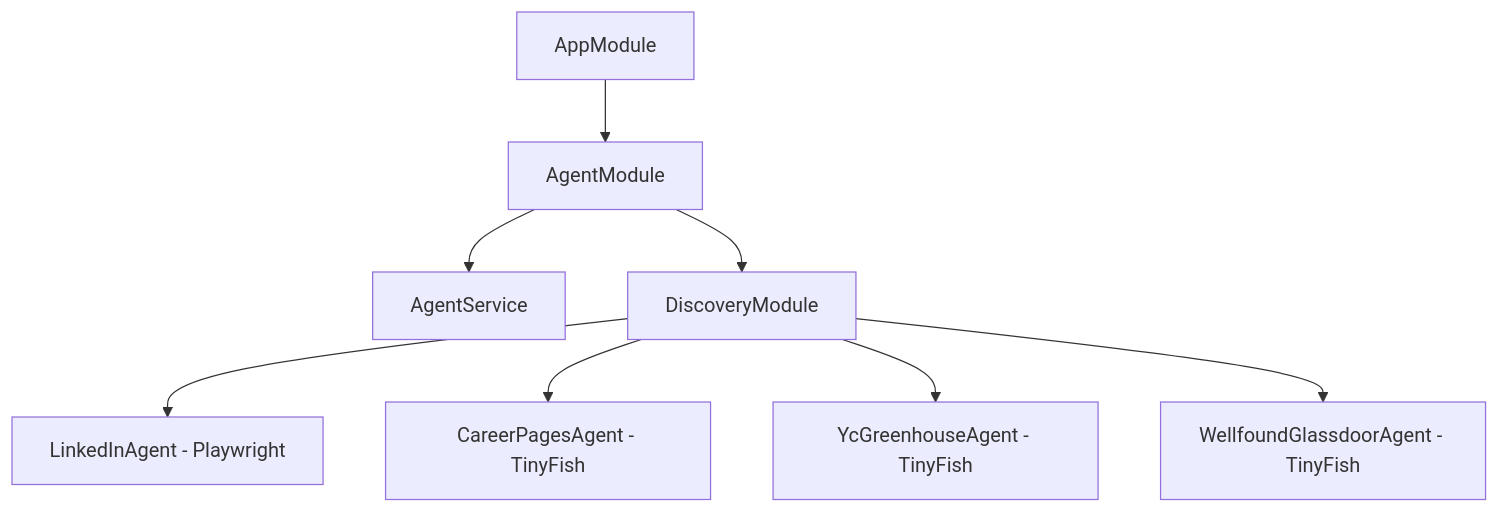
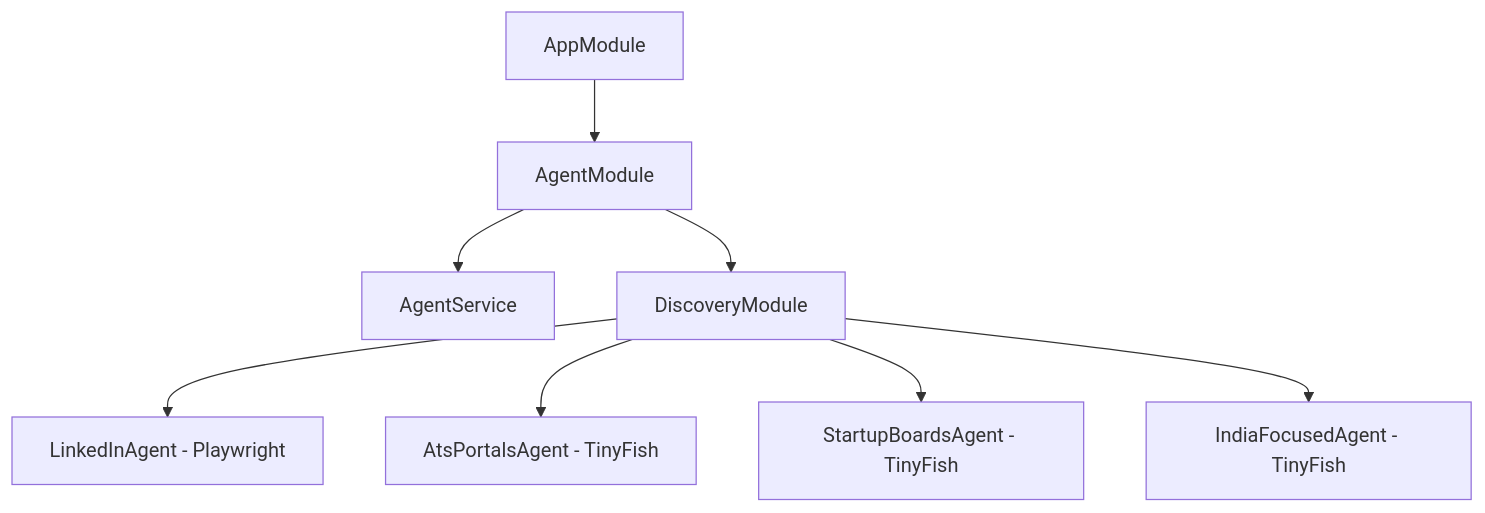
The diagram in wiki/concepts/architecture.md (supersparton/CareerAtlas), drawn with Mermaid before and after one commit. The commit also changed other lines of this file and 24 other files, not shown here.

````diff
--- a/wiki/concepts/architecture.md
+++ b/wiki/concepts/architecture.md
@@ -22,10 +22,10 @@
 ```mermaid
 graph TD
     A[AppModule] --> B[AgentModule]
     B --> C[AgentService]
     B --> D[DiscoveryModule]
     D --> E[LinkedInAgent - Playwright]
-    D --> F[CareerPagesAgent - TinyFish]
-    D --> G[YcGreenhouseAgent - TinyFish]
-    D --> H[WellfoundGlassdoorAgent - TinyFish]
+    D --> F[AtsPortalsAgent - TinyFish]
+    D --> G[StartupBoardsAgent - TinyFish]
+    D --> H[IndiaFocusedAgent - TinyFish]
 ```
````
